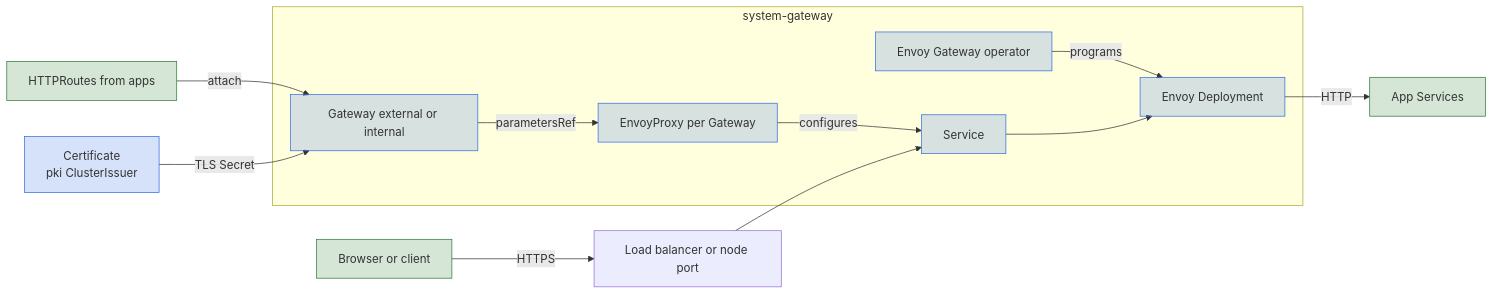
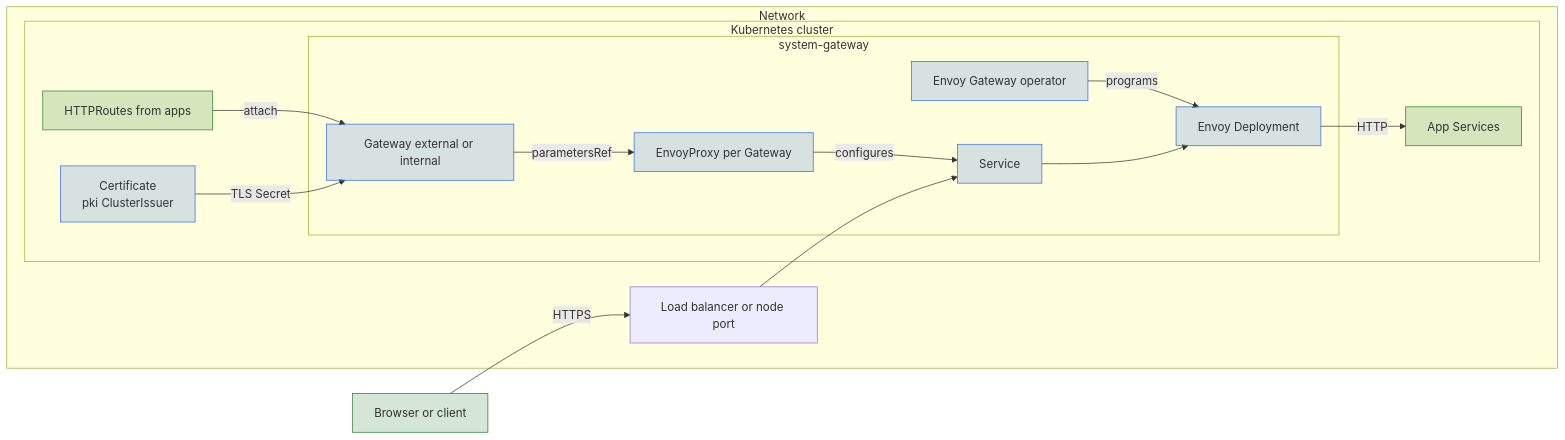
One commit to windsorcli/core changed the diagram in docs/guides/gateway/envoy.md. Above: the diagram before and after it, drawn with Mermaid. The commit also changed other lines of this file and 9 other files, not shown here.

````diff
--- a/docs/guides/gateway/envoy.md
+++ b/docs/guides/gateway/envoy.md
@@ -51,30 +52,36 @@
 ```mermaid
 flowchart LR
   client[Browser or client]
-  routes[HTTPRoutes from apps]
-  cert[Certificate<br/>pki ClusterIssuer]
 
-  subgraph systemgateway[system-gateway]
-    operator[Envoy Gateway operator]
-    gateway[Gateway external or internal]
-    proxy_cr[EnvoyProxy per Gateway]
-    envoy[Envoy Deployment]
-    svc[Service]
+  subgraph network[Network]
+    lb[Load balancer or node port]
+
+    subgraph cluster[Kubernetes cluster]
+      routes[HTTPRoutes from apps]
+      cert[Certificate<br/>pki ClusterIssuer]
+
+      subgraph systemgateway[system-gateway]
+        operator[Envoy Gateway operator]
+        gateway[Gateway external or internal]
+        proxy_cr[EnvoyProxy per Gateway]
+        envoy[Envoy Deployment]
+        svc[Service]
+      end
+
+      apps[App Services]
+    end
   end
-
-  lb[Load balancer or node port]
-  apps[App Services]
 
   operator -->|programs| envoy
   gateway -->|parametersRef| proxy_cr
   proxy_cr -->|configures| svc
   routes -->|attach| gateway
   cert -->|TLS Secret| gateway
   client -->|HTTPS| lb
   lb --> svc --> envoy
   envoy -->|HTTP| apps
   classDef app fill:#2E7D3233,stroke:#2E7D32
   classDef k8s fill:#326CE533,stroke:#326CE5
   class client,routes,apps app
   class cert,operator,gateway,proxy_cr,envoy,svc k8s
 ```
````
